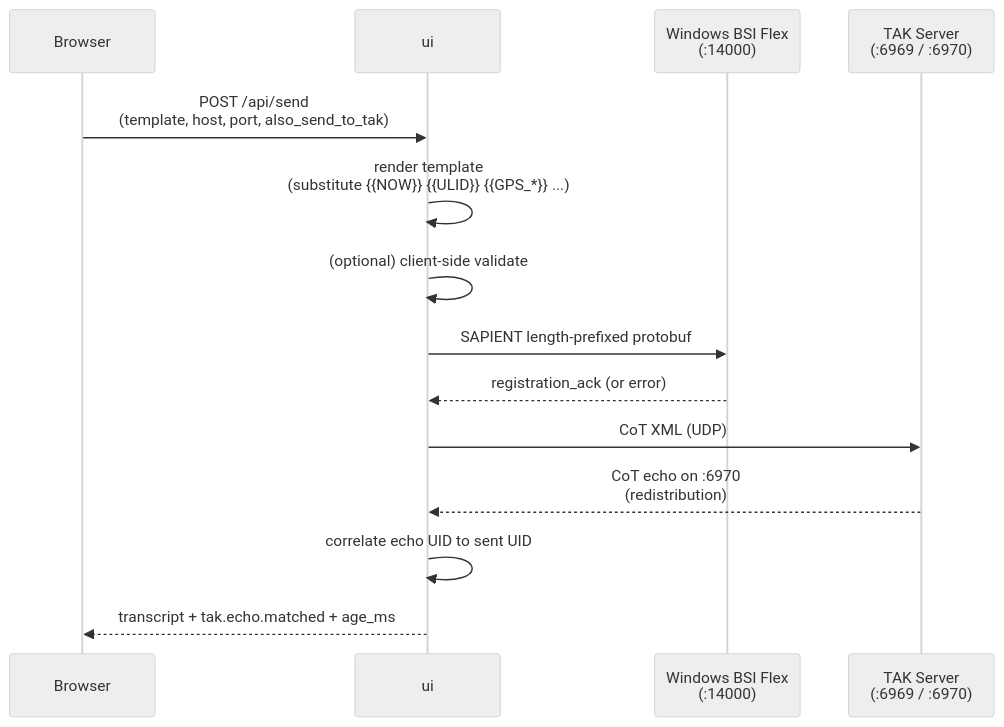
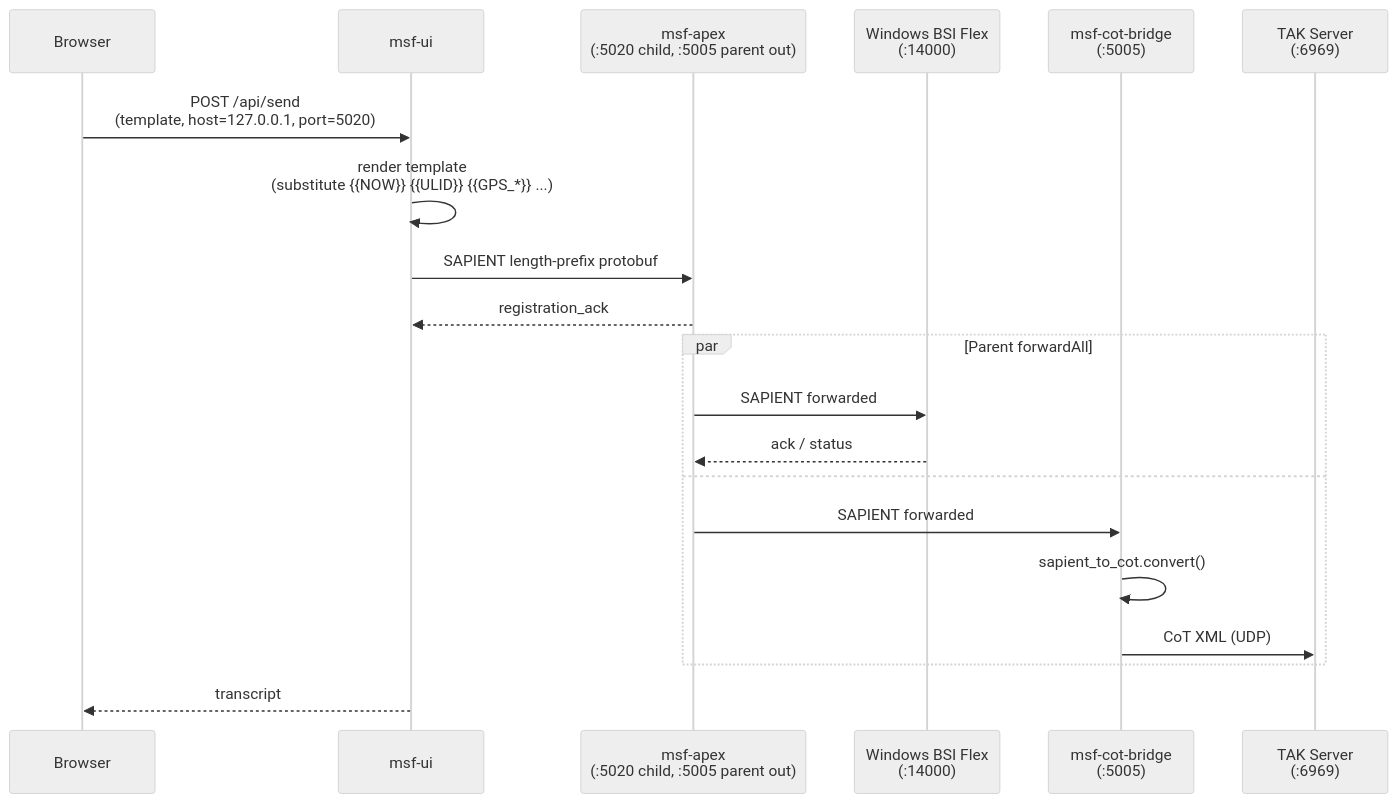
The third of 12 diagrams in Architecture.md (vinayakkankanwadi/multi-sensor-fusion), drawn with Mermaid (neutral theme) before and after one commit. The commit also changed other lines of this file and 15 other files, not shown here.

````diff
--- a/Architecture.md
+++ b/Architecture.md
@@ -118,17 +124,23 @@
 ```mermaid
 sequenceDiagram
     participant B as Browser
-    participant UI as ui
+    participant UI as msf-ui
+    participant A as msf-apex<br/>(:5020 child, :5005 parent out)
     participant W as Windows BSI Flex<br/>(:14000)
-    participant T as TAK Server<br/>(:6969 / :6970)
+    participant C as msf-cot-bridge<br/>(:5005)
+    participant T as TAK Server<br/>(:6969)
 
-    B->>UI: POST /api/send<br/>(template, host, port, also_send_to_tak)
+    B->>UI: POST /api/send<br/>(template, host=127.0.0.1, port=5020)
     UI->>UI: render template<br/>(substitute {{NOW}} {{ULID}} {{GPS_*}} ...)
-    UI->>UI: (optional) client-side validate
-    UI->>W: SAPIENT length-prefixed protobuf
-    W-->>UI: registration_ack (or error)
-    UI->>T: CoT XML (UDP)
-    T-->>UI: CoT echo on :6970<br/>(redistribution)
-    UI->>UI: correlate echo UID to sent UID
-    UI-->>B: transcript + tak.echo.matched + age_ms
+    UI->>A: SAPIENT length-prefix protobuf
+    A-->>UI: registration_ack
+    par Parent forwardAll
+        A->>W: SAPIENT forwarded
+        W-->>A: ack / status
+    and
+        A->>C: SAPIENT forwarded
+        C->>C: sapient_to_cot.convert()
+        C->>T: CoT XML (UDP)
+    end
+    UI-->>B: transcript
 ```
````
